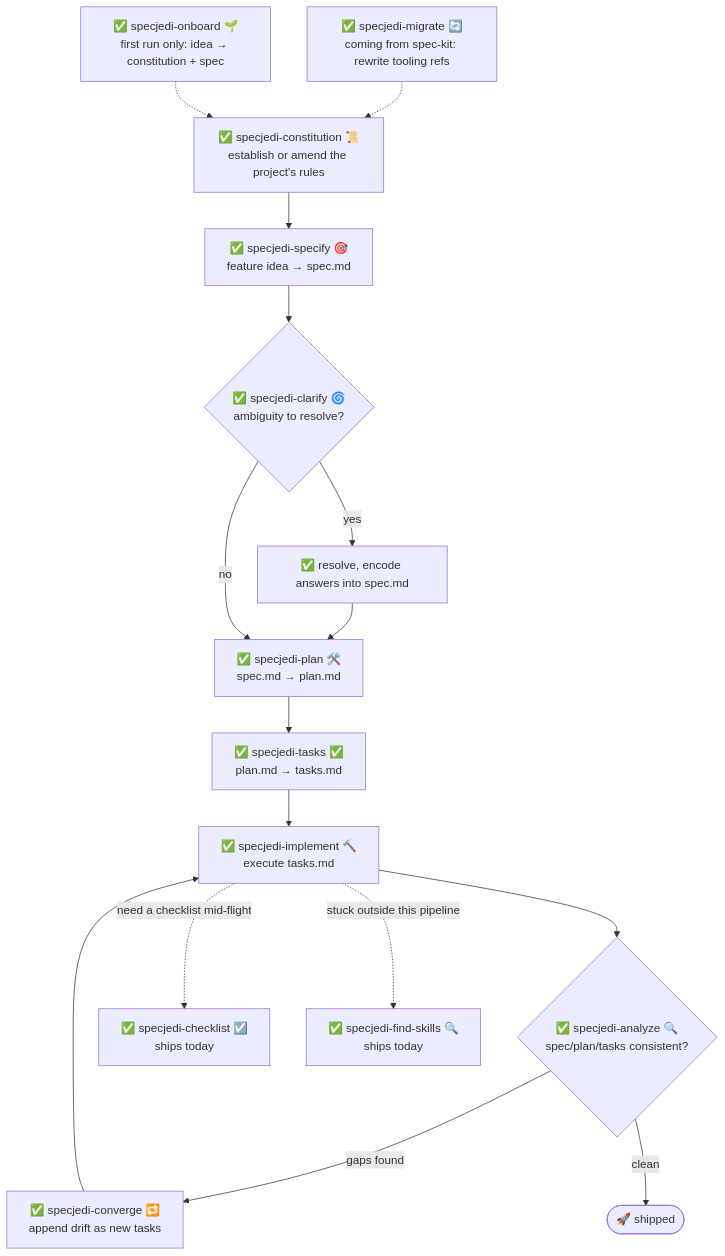
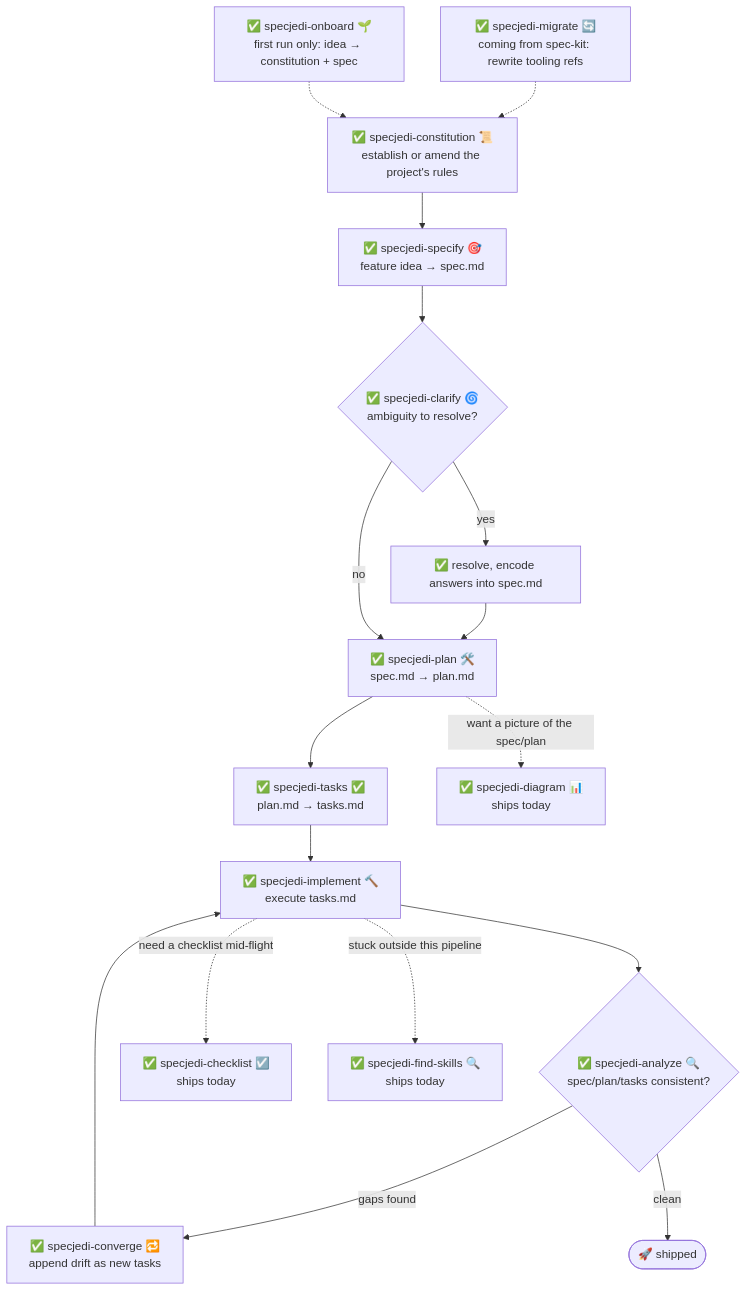
The second of 2 diagrams in README.md (jonyfs/spec-jedi), drawn with Mermaid before and after one commit. The commit also changed other lines of this file and 7 other files, not shown here.

````diff
--- a/README.md
+++ b/README.md
@@ -323,16 +328,17 @@
 ```mermaid
 flowchart TD
     Y["✅ specjedi-migrate 🔄<br/>coming from spec-kit: rewrite tooling refs"] -.-> A
     Z["✅ specjedi-onboard 🌱<br/>first run only: idea → constitution + spec"] -.-> A
     A["✅ specjedi-constitution 📜<br/>establish or amend the project's rules"] --> B["✅ specjedi-specify 🎯<br/>feature idea → spec.md"]
     B --> C{"✅ specjedi-clarify 🌀<br/>ambiguity to resolve?"}
     C -->|yes| C2["✅ resolve, encode answers into spec.md"] --> D
     C -->|no| D["✅ specjedi-plan 🛠️<br/>spec.md → plan.md"]
     D --> E["✅ specjedi-tasks ✅<br/>plan.md → tasks.md"]
     E --> F["✅ specjedi-implement 🔨<br/>execute tasks.md"]
     F --> G{"✅ specjedi-analyze 🔍<br/>spec/plan/tasks consistent?"}
     G -->|gaps found| H["✅ specjedi-converge 🔁<br/>append drift as new tasks"] --> F
     G -->|clean| I(["🚀 shipped"])
     F -.->|need a checklist mid-flight| J["✅ specjedi-checklist ☑️<br/>ships today"]
     F -.->|stuck outside this pipeline| K["✅ specjedi-find-skills 🔍<br/>ships today"]
+    D -.->|want a picture of the spec/plan| L["✅ specjedi-diagram 📊<br/>ships today"]
 ```
````
